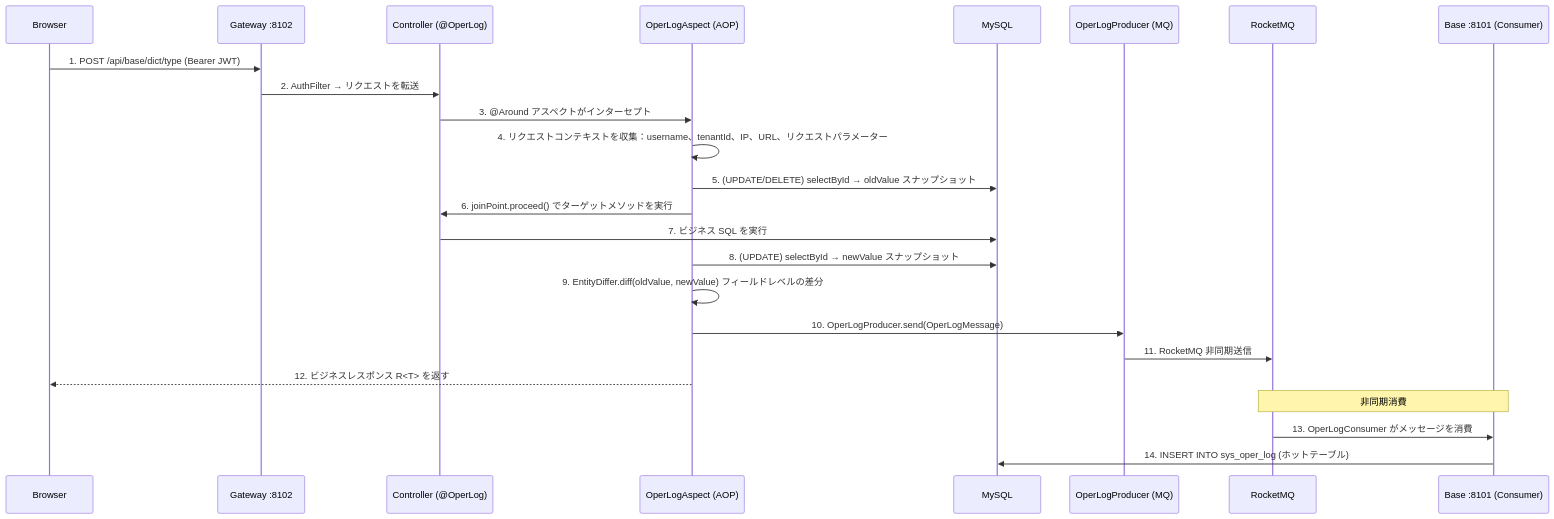
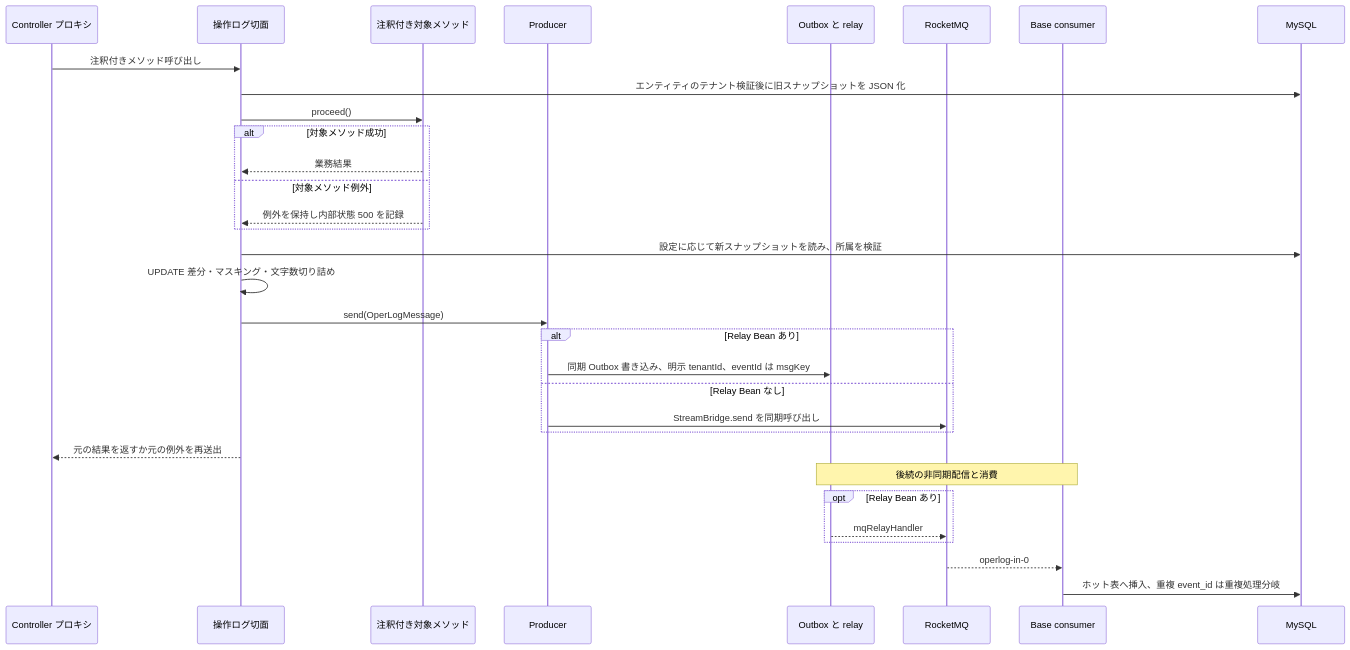
One commit to wang-baohai/Omni-Stack changed the tenth of 21 diagrams in docs/core-flows.jp.md. Above: the diagram before and after it, drawn with Mermaid. The commit also changed other lines of this file and 1095 other files, not shown here.

````diff
--- a/docs/core-flows.jp.md
+++ b/docs/core-flows.jp.md
@@ -1213,28 +932,34 @@
 ```mermaid
 sequenceDiagram
-    participant B as Browser
-    participant G as Gateway :8102
-    participant C as Controller (@OperLog)
-    participant A as OperLogAspect (AOP)
-    participant M as MySQL
-    participant P as OperLogProducer (MQ)
+    participant C as Controller プロキシ
+    participant A as 操作ログ切面
+    participant T as 注釈付き対象メソッド
+    participant P as Producer
+    participant O as Outbox と relay
     participant Q as RocketMQ
-    participant Base as Base :8101 (Consumer)
-
-    B->>G: 1. POST /api/base/dict/type (Bearer JWT)
-    G->>C: 2. AuthFilter → リクエストを転送
-    C->>A: 3. @Around アスペクトがインターセプト
-    A->>A: 4. リクエストコンテキストを収集：username、tenantId、IP、URL、リクエストパラメーター
-    A->>M: 5. (UPDATE/DELETE) selectById → oldValue スナップショット
-    A->>C: 6. joinPoint.proceed() でターゲットメソッドを実行
-    C->>M: 7. ビジネス SQL を実行
-    A->>M: 8. (UPDATE) selectById → newValue スナップショット
-    A->>A: 9. EntityDiffer.diff(oldValue, newValue) フィールドレベルの差分
-    A->>P: 10. OperLogProducer.send(OperLogMessage)
-    P->>Q: 11. RocketMQ 非同期送信
-    A-->>B: 12. ビジネスレスポンス R<T> を返す
-
-    Note over Q,Base: 非同期消費
-    Q->>Base: 13. OperLogConsumer がメッセージを消費
-    Base->>M: 14. INSERT INTO sys_oper_log (ホットテーブル)
+    participant B as Base consumer
+    participant D as MySQL
+    C->>A: 注釈付きメソッド呼び出し
+    A->>D: エンティティのテナント検証後に旧スナップショットを JSON 化
+    A->>T: proceed()
+    alt 対象メソッド成功
+        T-->>A: 業務結果
+    else 対象メソッド例外
+        T-->>A: 例外を保持し内部状態 500 を記録
+    end
+    A->>D: 設定に応じて新スナップショットを読み、所属を検証
+    A->>A: UPDATE 差分・マスキング・文字数切り詰め
+    A->>P: send(OperLogMessage)
+    alt Relay Bean あり
+        P->>O: 同期 Outbox 書き込み、明示 tenantId、eventId は msgKey
+    else Relay Bean なし
+        P->>Q: StreamBridge.send を同期呼び出し
+    end
+    A-->>C: 元の結果を返すか元の例外を再送出
+    Note over O,B: 後続の非同期配信と消費
+    opt Relay Bean あり
+        O-->>Q: mqRelayHandler
+    end
+    Q-->>B: operlog-in-0
+    B->>D: ホット表へ挿入、重複 event_id は重複処理分岐
 ```
````
